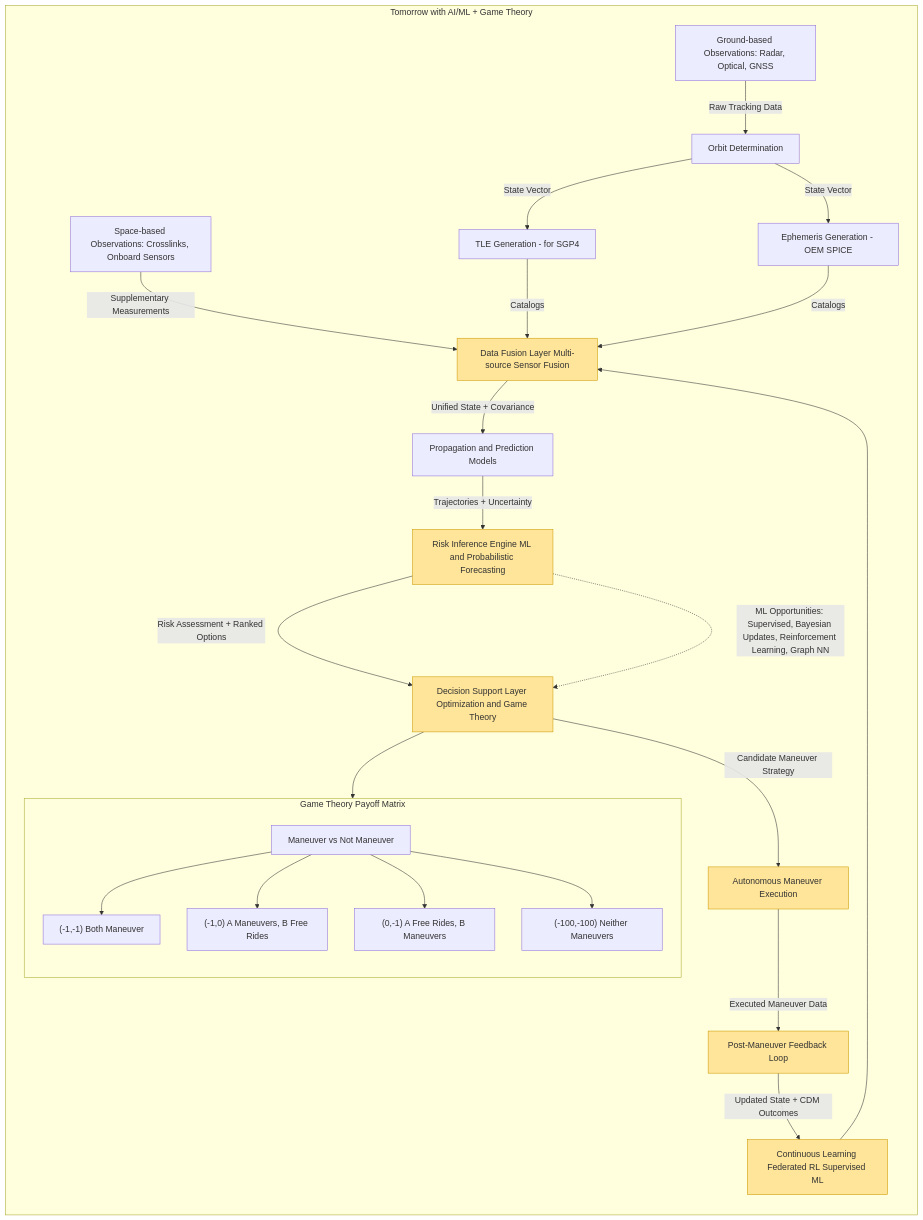
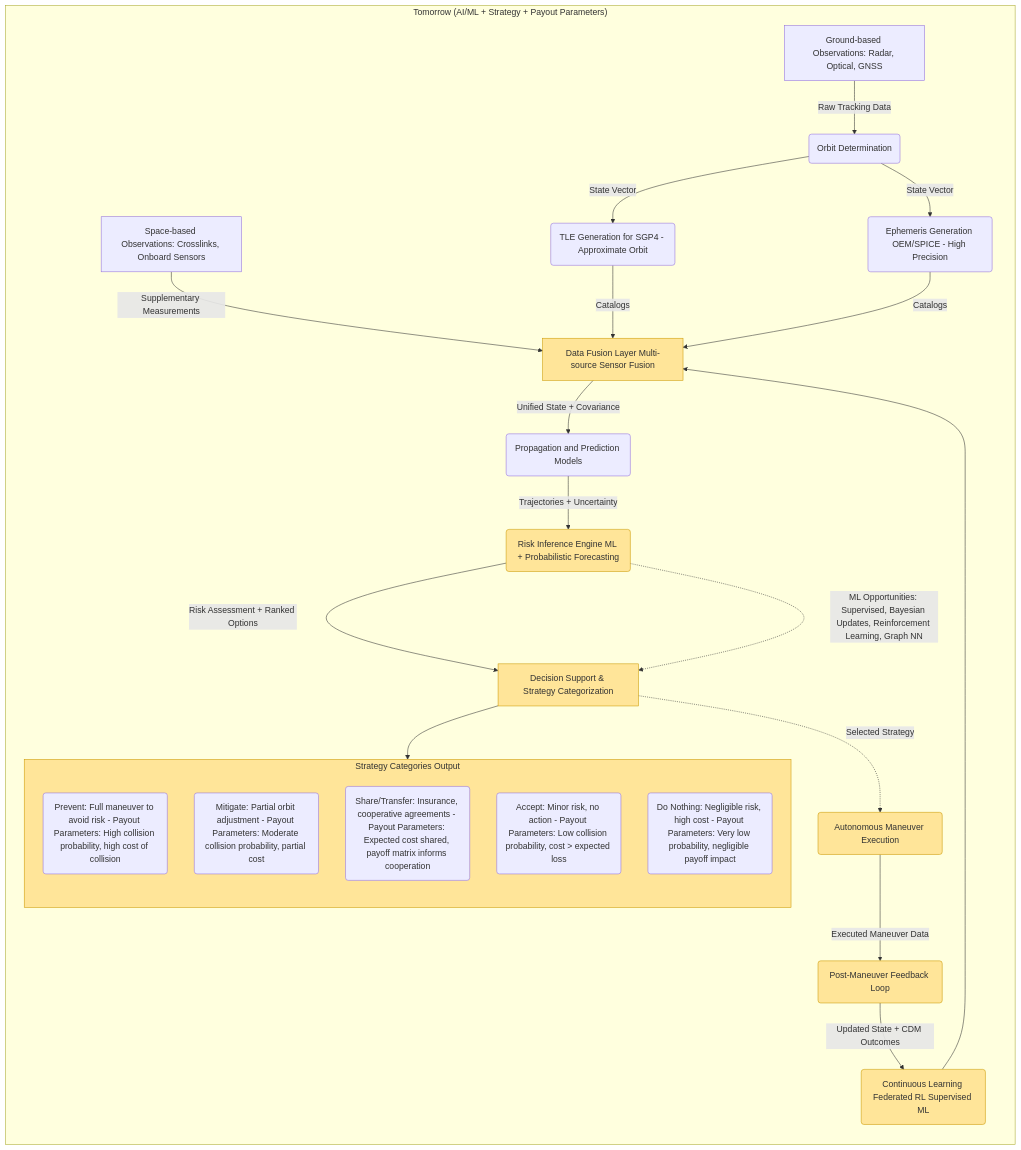
The fifth of 5 diagrams in README.md (orbit-i/crr_workflow), drawn with Mermaid before and after one commit. The commit also changed other lines of this file, not shown here.

````diff
--- a/README.md
+++ b/README.md
@@ -234,44 +279,50 @@
 ```mermaid
+flowchart LR
+  subgraph FUTURE["Tomorrow (AI/ML + Strategy + Payout Parameters)"]
+    direction TB
 
-flowchart LR
-  %% === FUTURE PIPELINE ===
-  subgraph FUTURE["Tomorrow with AI/ML + Game Theory"]
-    direction TB
-    A2[Ground-based Observations: Radar, Optical, GNSS] -->|Raw Tracking Data| B2[Orbit Determination]
-    A3[Space-based Observations: Crosslinks, Onboard Sensors] -->|Supplementary Measurements| J2[Data Fusion Layer Multi-source Sensor Fusion]
-    B2 -->|State Vector| C2[TLE Generation - for SGP4]
-    B2 -->|State Vector| D2[Ephemeris Generation - OEM SPICE]
+    %% Observation Layer
+    A2_GB["Ground-based Observations: Radar, Optical, GNSS"] -->|Raw Tracking Data| B2(Orbit Determination)
+    A2_SB["Space-based Observations: Crosslinks, Onboard Sensors"] -->|Supplementary Measurements| J2[Data Fusion Layer Multi-source Sensor Fusion]
 
+    B2 -->|State Vector| C2(TLE Generation for SGP4 - Approximate Orbit)
+    B2 -->|State Vector| D2(Ephemeris Generation OEM/SPICE - High Precision)
+
+    %% Data Fusion Layer
     C2 -->|Catalogs| J2
     D2 -->|Catalogs| J2
 
-    J2 -->|Unified State + Covariance| E2[Propagation and Prediction Models]
-    E2 -->|Trajectories + Uncertainty| K2[Risk Inference Engine ML and Probabilistic Forecasting]
+    %% Propagation and Risk Prediction
+    J2 -->|Unified State + Covariance| E2(Propagation and Prediction Models)
+    E2 -->|Trajectories + Uncertainty| K2(Risk Inference Engine ML + Probabilistic Forecasting)
 
-    K2 -->|Risk Assessment + Ranked Options| L2[Decision Support Layer Optimization and Game Theory]
+    %% Integrated Decision + Strategy Layer
+    K2 -->|Risk Assessment + Ranked Options| L2[Decision Support & Strategy Categorization]
 
-    %% Embed payoff logic inside decision support
-    subgraph Payoff["Game Theory Payoff Matrix"]
+    %% Strategy Categories with Payout Parameters
+    subgraph Strategy["Strategy Categories Output"]
       direction TB
-      P1[Maneuver vs Not Maneuver]
-      P2["(-1,-1) Both Maneuver"]
-      P3["(-1,0) A Maneuvers, B Free Rides"]
-      P4["(0,-1) A Free Rides, B Maneuvers"]
-      P5["(-100,-100) Neither Maneuvers"]
-      P1 --> P2 & P3 & P4 & P5
+      S1(Prevent: Full maneuver to avoid risk - Payout Parameters: High collision probability, high cost of collision)
+      S2(Mitigate: Partial orbit adjustment - Payout Parameters: Moderate collision probability, partial cost)
+      S3(Share/Transfer: Insurance, cooperative agreements - Payout Parameters: Expected cost shared, payoff matrix informs cooperation)
+      S4(Accept: Minor risk, no action - Payout Parameters: Low collision probability, cost > expected loss)
+      S5(Do Nothing: Negligible risk, high cost - Payout Parameters: Very low probability, negligible payoff impact)
     end
-    L2 --> Payoff
+    L2 --> Strategy
 
-    L2 -->|Candidate Maneuver Strategy| M2[Autonomous Maneuver Execution]
-    M2 -->|Executed Maneuver Data| N2[Post-Maneuver Feedback Loop]
-    N2 -->|Updated State + CDM Outcomes| O2[Continuous Learning Federated RL Supervised ML]
+    %% Autonomous Execution & Feedback (dotted arrow indicates learning/autonomy)
+    L2 -.->|Selected Strategy| M2(Autonomous Maneuver Execution)
+    M2 -->|Executed Maneuver Data| N2(Post-Maneuver Feedback Loop)
+    N2 -->|Updated State + CDM Outcomes| O2(Continuous Learning Federated RL Supervised ML)
     O2 --> J2
 
+    %% ML Opportunities
     K2 -.->|ML Opportunities: Supervised, Bayesian Updates, Reinforcement Learning, Graph NN| L2
   end
 
   %% === Styling ===
-  class J2,K2,L2,M2,N2,O2 new;
+  class J2,K2,L2,M2,N2,O2,Strategy new;
   classDef new fill:#ffe599,stroke:#cc9900;
 
+
 ```
````
